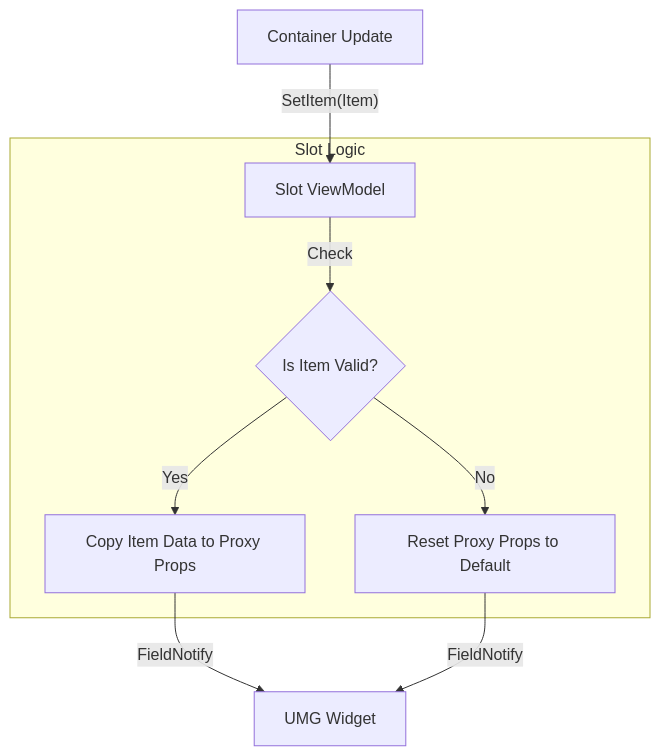
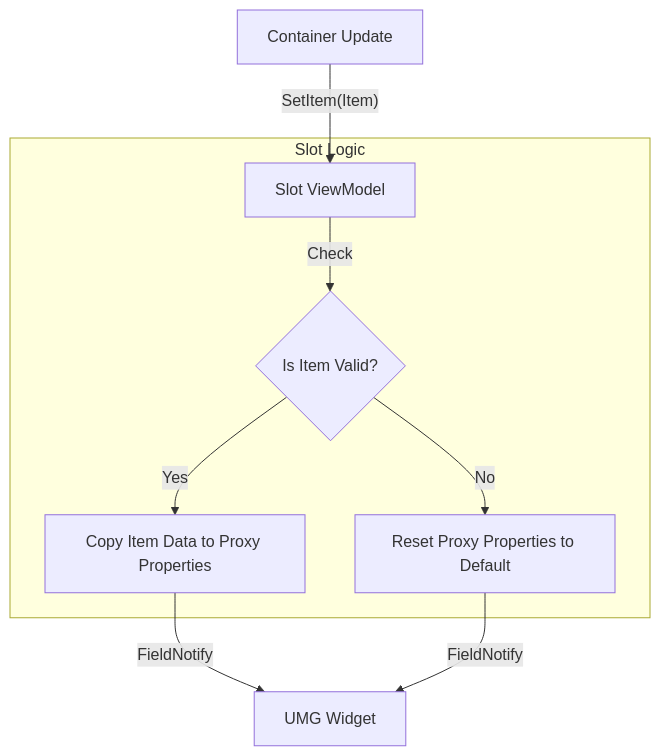
The diagram in outliyr-framework/docs/base-lyra-modified/ui/item-container-ui-system/data-layers-view-models/persistent-slot-pattern.md (outliyr/outliyr-docs), drawn with Mermaid before and after one commit. The commit also changed other lines of this file and 183 other files, not shown here.

````diff
--- a/outliyr-framework/docs/base-lyra-modified/ui/item-container-ui-system/data-layers-view-models/persistent-slot-pattern.md
+++ b/outliyr-framework/docs/base-lyra-modified/ui/item-container-ui-system/data-layers-view-models/persistent-slot-pattern.md
@@ -91,13 +97,13 @@
 ```mermaid
 graph TD
     A["Container Update"] -->|"SetItem(Item)"| B["Slot ViewModel"]
     
     subgraph Slot Logic
         B -->|Check| C{"Is Item Valid?"}
-        C -->|Yes| D["Copy Item Data to Proxy Props"]
-        C -->|No| E["Reset Proxy Props to Default"]
+        C -->|Yes| D["Copy Item Data to Proxy Properties"]
+        C -->|No| E["Reset Proxy Properties to Default"]
     end
     
     D -->|FieldNotify| F["UMG Widget"]
     E -->|FieldNotify| F
 ```
````
